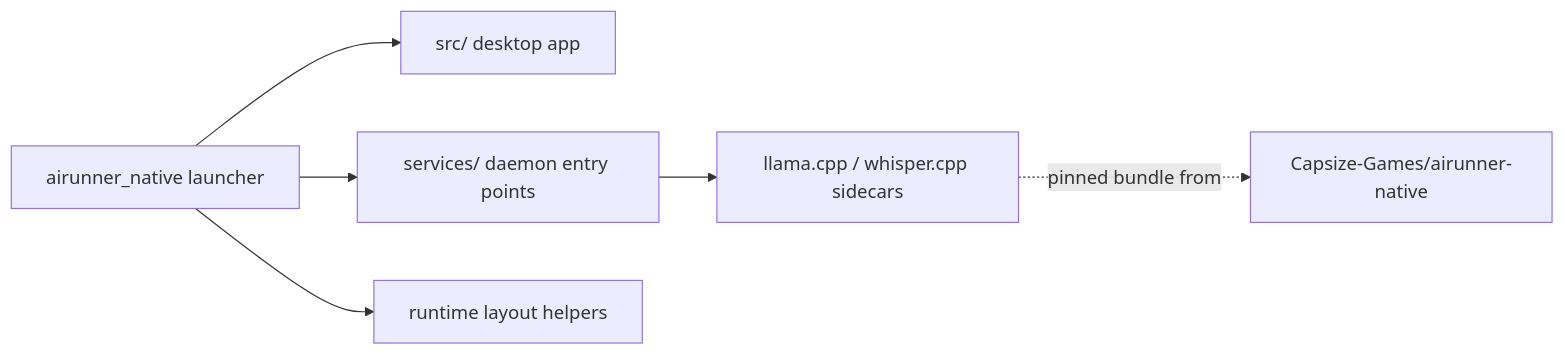
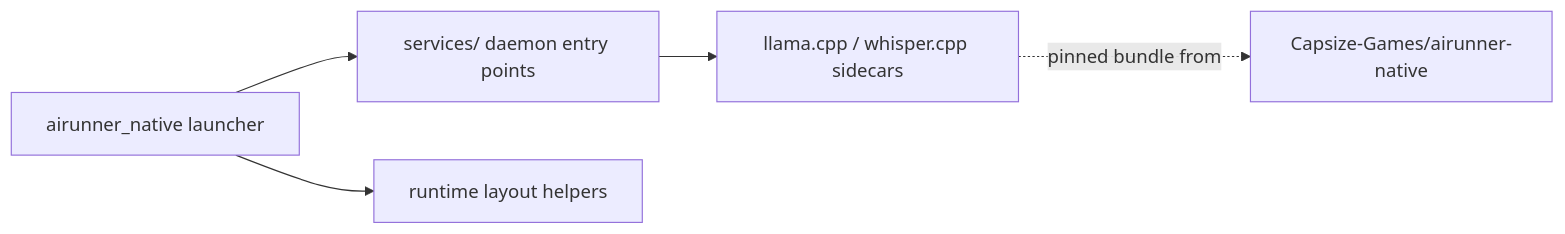
The diagram in native/README.md (Capsize-Games/airunner), drawn with Mermaid before and after one commit. The commit also changed other lines of this file and 9 other files, not shown here.

First line of the commit message:
docs: mark retired GUI/src references historical, fix legacy endpoint and thresholds

````diff
--- a/native/README.md
+++ b/native/README.md
@@ -18,8 +18,7 @@
 ```mermaid
 flowchart LR
-	Python[airunner_native launcher] --> GUI[src/ desktop app]
-	Python --> Services[services/ daemon entry points]
+	Python[airunner_native launcher] --> Services[services/ daemon entry points]
 	Services --> Sidecars[llama.cpp / whisper.cpp sidecars]
 	Sidecars -.pinned bundle from.-> NativeRepo[Capsize-Games/airunner-native]
 	Python --> RuntimeLayout[runtime layout helpers]
 ```
````
